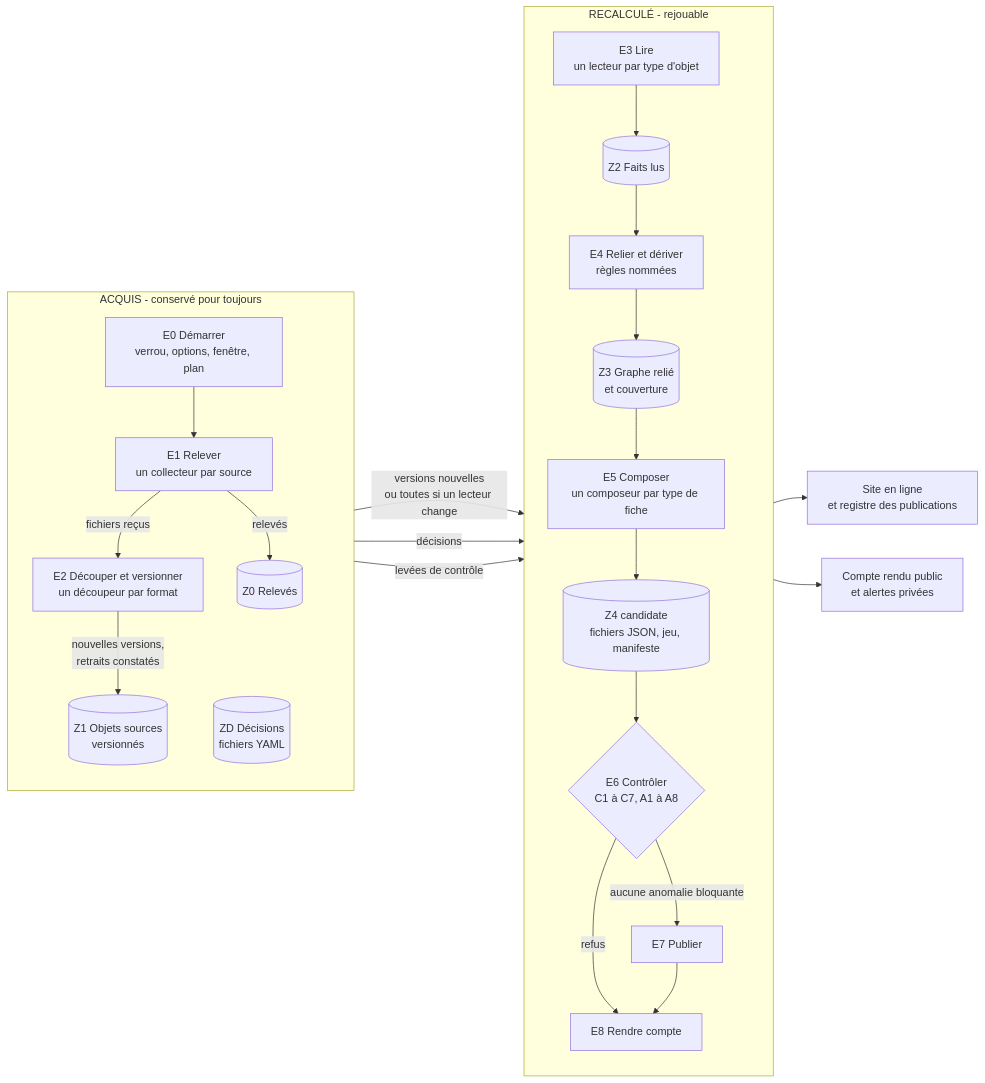
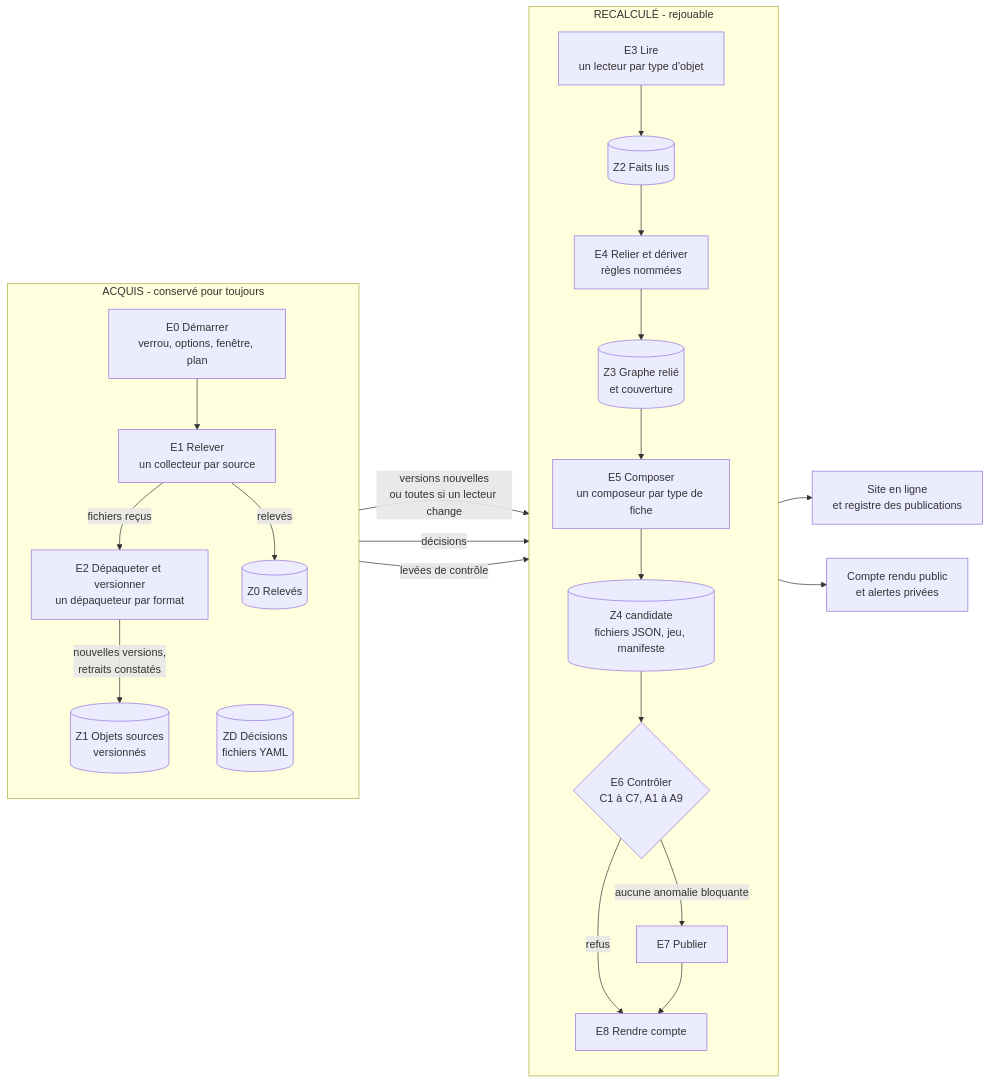
The first of 11 diagrams in livrables/2-processus-collecte-publication.md (stephieED/Empreinte-politique-new-pipeline-test), drawn with Mermaid before and after one commit. The commit also changed other lines of this file and 8 other files, not shown here.

````diff
--- a/livrables/2-processus-collecte-publication.md
+++ b/livrables/2-processus-collecte-publication.md
@@ -26,39 +26,39 @@
 ```mermaid
 flowchart LR
     subgraph ACQ["ACQUIS - conservé pour toujours"]
         direction TB
         E0["E0 Démarrer<br/>verrou, options, fenêtre, plan"]
         E1["E1 Relever<br/>un collecteur par source"]
-        E2["E2 Découper et versionner<br/>un découpeur par format"]
+        E2["E2 Dépaqueter et versionner<br/>un dépaqueteur par format"]
         Z0[("Z0 Relevés")]
         Z1[("Z1 Objets sources<br/>versionnés")]
         ZD[("ZD Décisions<br/>fichiers YAML")]
         E0 --> E1
         E1 -- "fichiers reçus" --> E2
         E1 -- "relevés" --> Z0
         E2 -- "nouvelles versions,<br/>retraits constatés" --> Z1
     end
 
     subgraph REC["RECALCULÉ - rejouable"]
         direction TB
         E3["E3 Lire<br/>un lecteur par type d'objet"]
         Z2[("Z2 Faits lus")]
         E4["E4 Relier et dériver<br/>règles nommées"]
         Z3[("Z3 Graphe relié<br/>et couverture")]
         E5["E5 Composer<br/>un composeur par type de fiche"]
         Z4[("Z4 candidate<br/>fichiers JSON, jeu, manifeste")]
-        E6{"E6 Contrôler<br/>C1 à C7, A1 à A8"}
+        E6{"E6 Contrôler<br/>C1 à C7, A1 à A9"}
         E7["E7 Publier"]
         E8["E8 Rendre compte"]
         E3 --> Z2 --> E4 --> Z3 --> E5 --> Z4 --> E6
         E6 -- "aucune anomalie bloquante" --> E7
         E6 -- "refus" --> E8
         E7 --> E8
     end
 
     Z1 -- "versions nouvelles<br/>ou toutes si un lecteur change" --> E3
     ZD -- "décisions" --> E4
     ZD -- "levées de contrôle" --> E6
     E7 --> SITE["Site en ligne<br/>et registre des publications"]
     E8 --> CR["Compte rendu public<br/>et alertes privées"]
 ```
````
